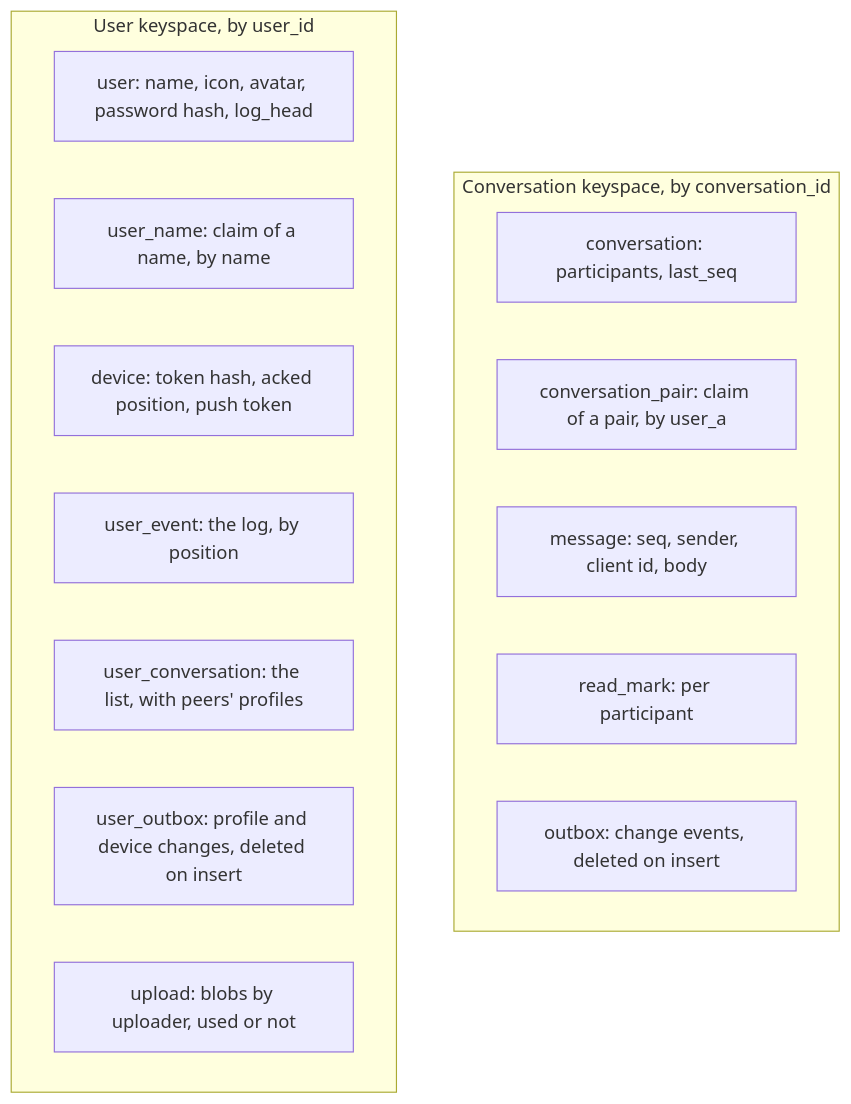
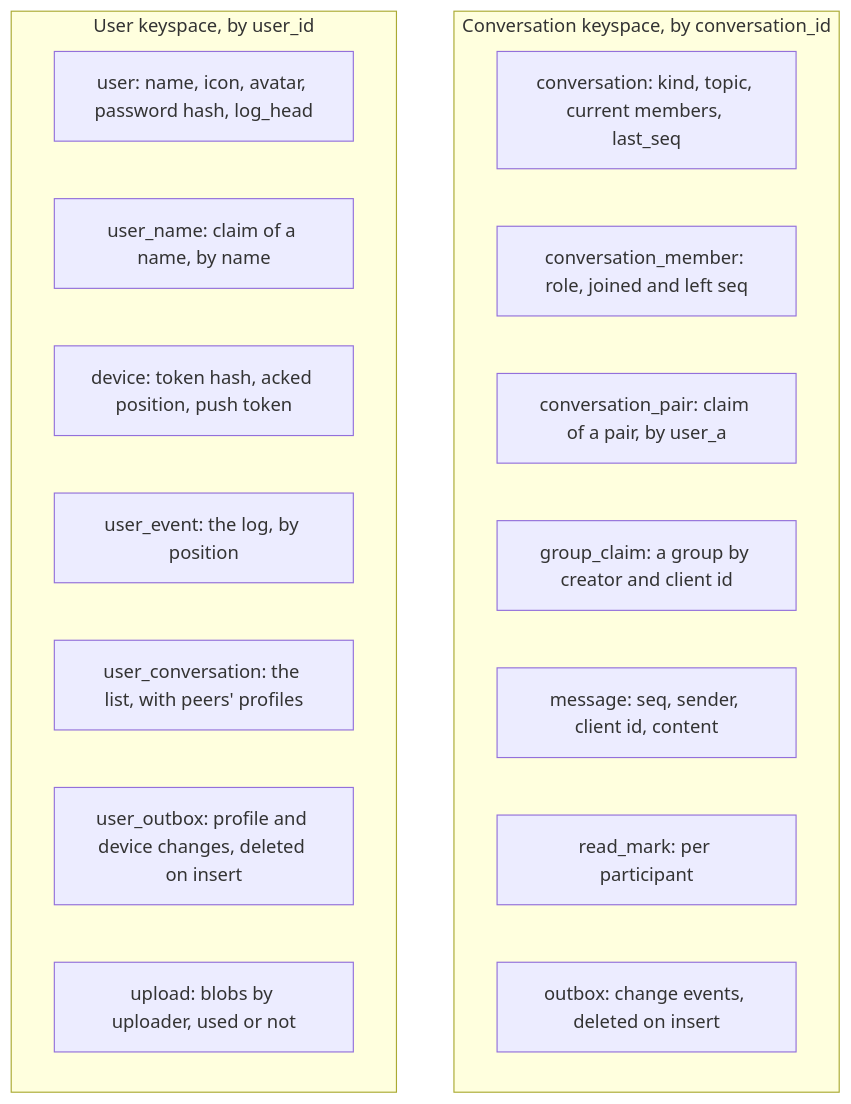
The first of 4 diagrams in docs/architecture.md (vlumi/wrinkle), drawn with Mermaid before and after one commit. The commit also changed other lines of this file and 3 other files, not shown here.

Commit message:
Docs: groups in the architecture and roadmap

````diff
--- a/docs/architecture.md
+++ b/docs/architecture.md
@@ -40,19 +40,21 @@
 ```mermaid
 flowchart TB
   subgraph conv ["Conversation keyspace, by conversation_id"]
-    c["conversation: participants, last_seq"]
+    c["conversation: kind, topic, current members, last_seq"]
+    cm["conversation_member: role, joined and left seq"]
     p["conversation_pair: claim of a pair, by user_a"]
-    m["message: seq, sender, client id, body"]
+    g["group_claim: a group by creator and client id"]
+    m["message: seq, sender, client id, content"]
     r["read_mark: per participant"]
     o["outbox: change events, deleted on insert"]
   end
   subgraph user ["User keyspace, by user_id"]
     u["user: name, icon, avatar, password hash, log_head"]
     n["user_name: claim of a name, by name"]
     d["device: token hash, acked position, push token"]
     e["user_event: the log, by position"]
     l["user_conversation: the list, with peers' profiles"]
     uo["user_outbox: profile and device changes, deleted on insert"]
     up["upload: blobs by uploader, used or not"]
   end
 ```
````
